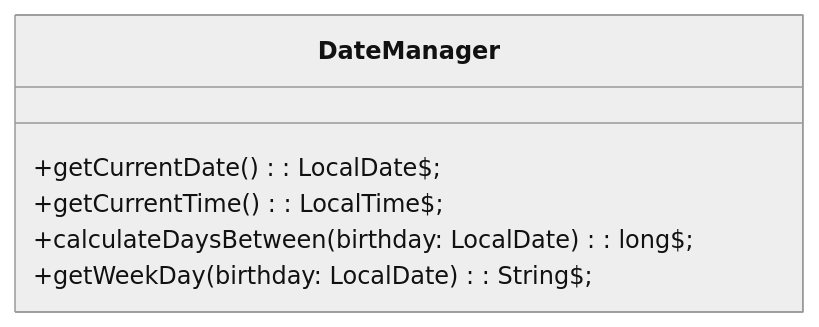
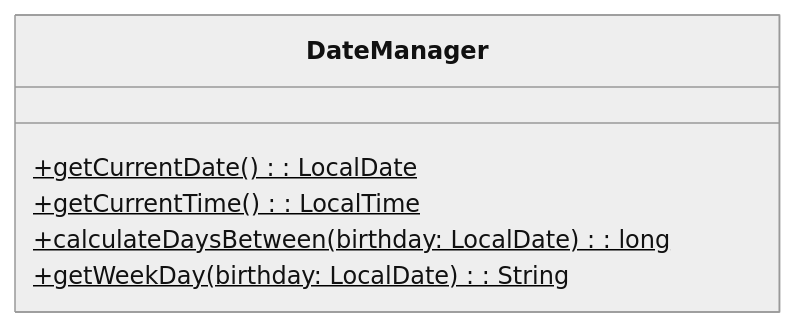
One commit to wielandjan/java_helloWorld_1 changed the first of 4 diagrams in scr/exercises/Programmieren1/SampleExam/ReadMe.md. Above: the diagram before and after it, drawn with Mermaid (neutral theme).

Commit message:
modified:   scr/exercises/Programmieren1/SampleExam/ReadMe.md

````diff
--- a/scr/exercises/Programmieren1/SampleExam/ReadMe.md
+++ b/scr/exercises/Programmieren1/SampleExam/ReadMe.md
@@ -53,9 +53,9 @@
 ```mermaid
 classDiagram
     class DateManager {
-        +getCurrentDate(): LocalDate$;
-        +getCurrentTime(): LocalTime$;
-        +calculateDaysBetween(birthday: LocalDate): long$;
-        +getWeekDay(birthday: LocalDate): String$;
+        +getCurrentDate(): LocalDate$
+        +getCurrentTime(): LocalTime$
+        +calculateDaysBetween(birthday: LocalDate): long$
+        +getWeekDay(birthday: LocalDate): String$
     }
 ```
````
